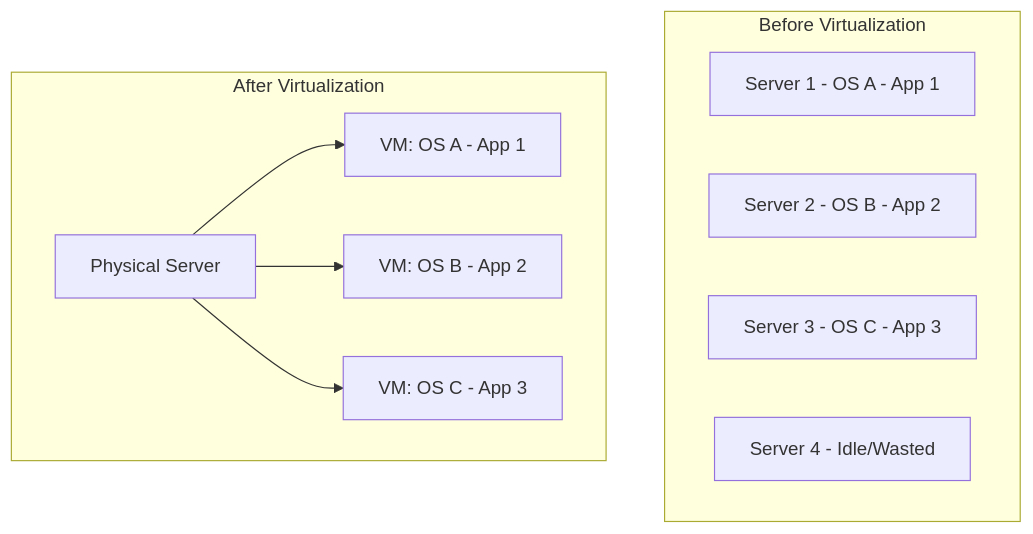
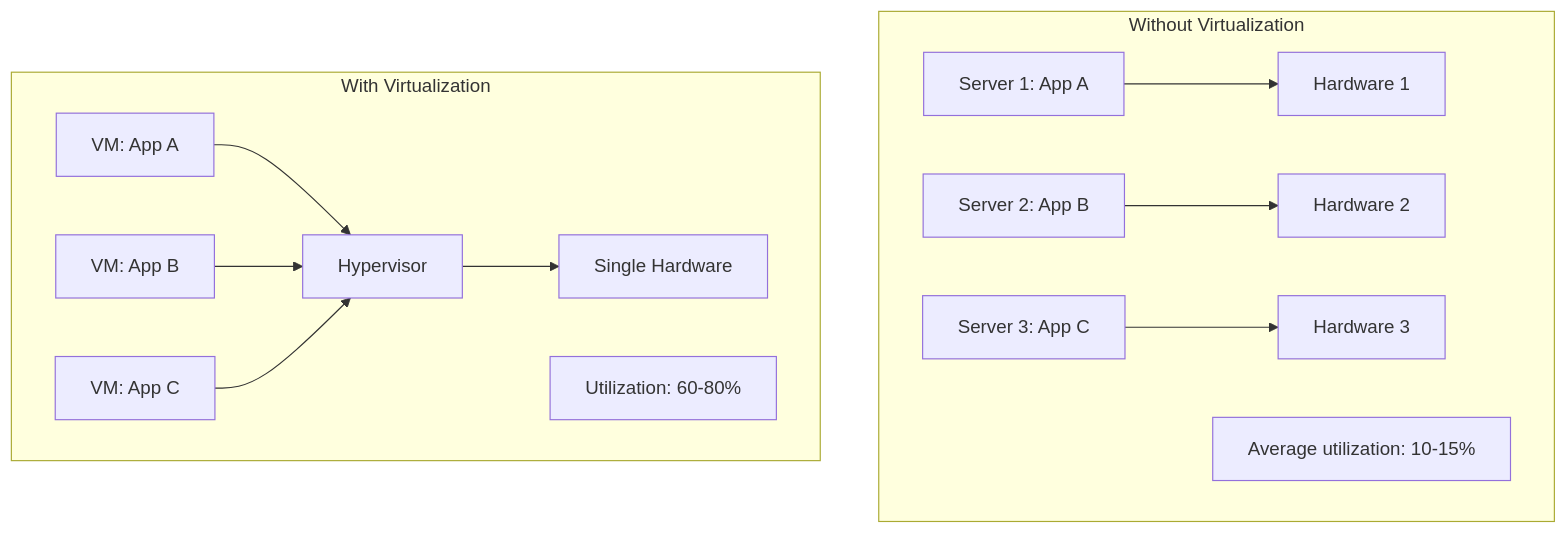
The first of 4 diagrams in src/cloud/virtualization/README.md (vanos001/placement_prep), drawn with Mermaid before and after one commit. The commit also changed other lines of this file and 12 other files, not shown here.

Commit message:
Storage + Concurrency complete, SUMMARY.md updated with roadmap.sh topics

````diff
--- a/src/cloud/virtualization/README.md
+++ b/src/cloud/virtualization/README.md
@@ -9,16 +9,17 @@
 ```mermaid
-graph TB
-    subgraph "Before Virtualization"
-        S1[Server 1 - OS A - App 1]
-        S2[Server 2 - OS B - App 2]
-        S3[Server 3 - OS C - App 3]
-        S4[Server 4 - Idle/Wasted]
+graph TD
+    subgraph Without[Without Virtualization]
+        S1[Server 1: App A] --> H1[Hardware 1]
+        S2[Server 2: App B] --> H2[Hardware 2]
+        S3[Server 3: App C] --> H3[Hardware 3]
+        Note1[Average utilization: 10-15%]
     end
 
-    subgraph "After Virtualization"
-        PH[Physical Server]
-        PH --> VM1[VM: OS A - App 1]
-        PH --> VM2[VM: OS B - App 2]
-        PH --> VM3[VM: OS C - App 3]
+    subgraph With[With Virtualization]
+        VM1[VM: App A] --> HV[Hypervisor]
+        VM2[VM: App B] --> HV
+        VM3[VM: App C] --> HV
+        HV --> HW[Single Hardware]
+        Note2[Utilization: 60-80%]
     end
 ```
````
